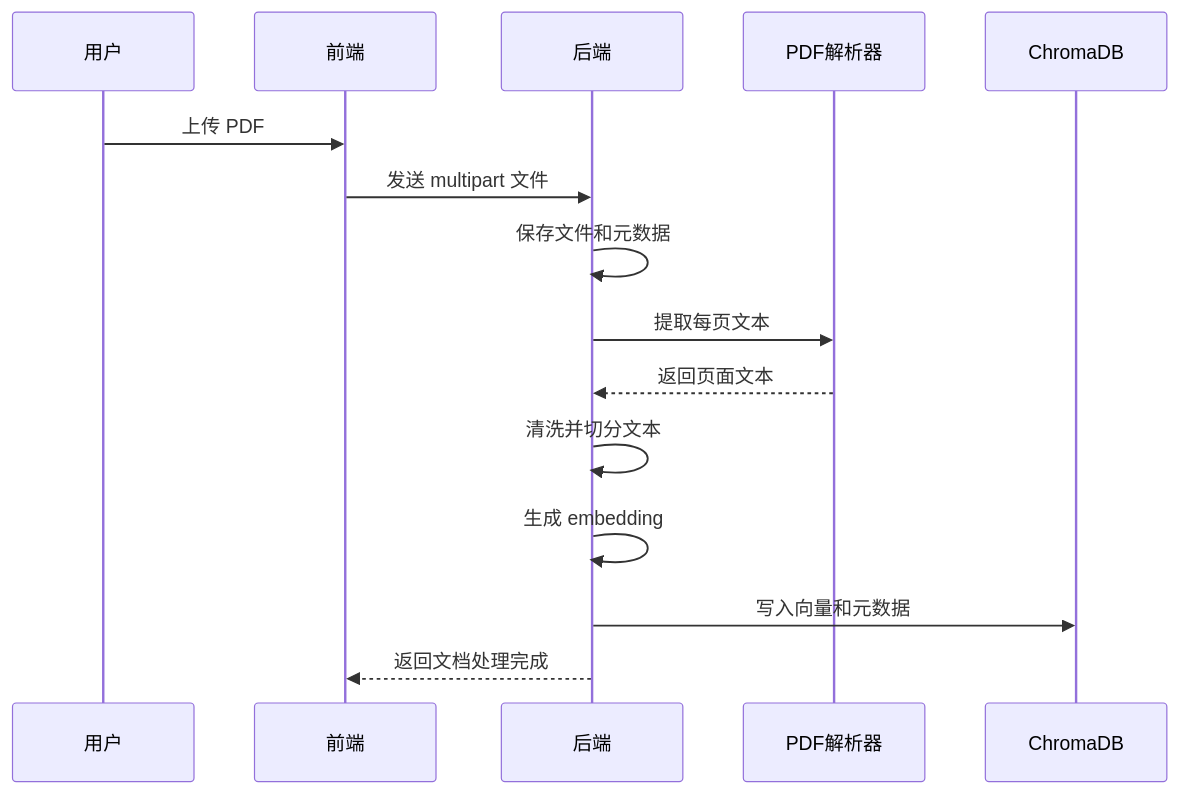
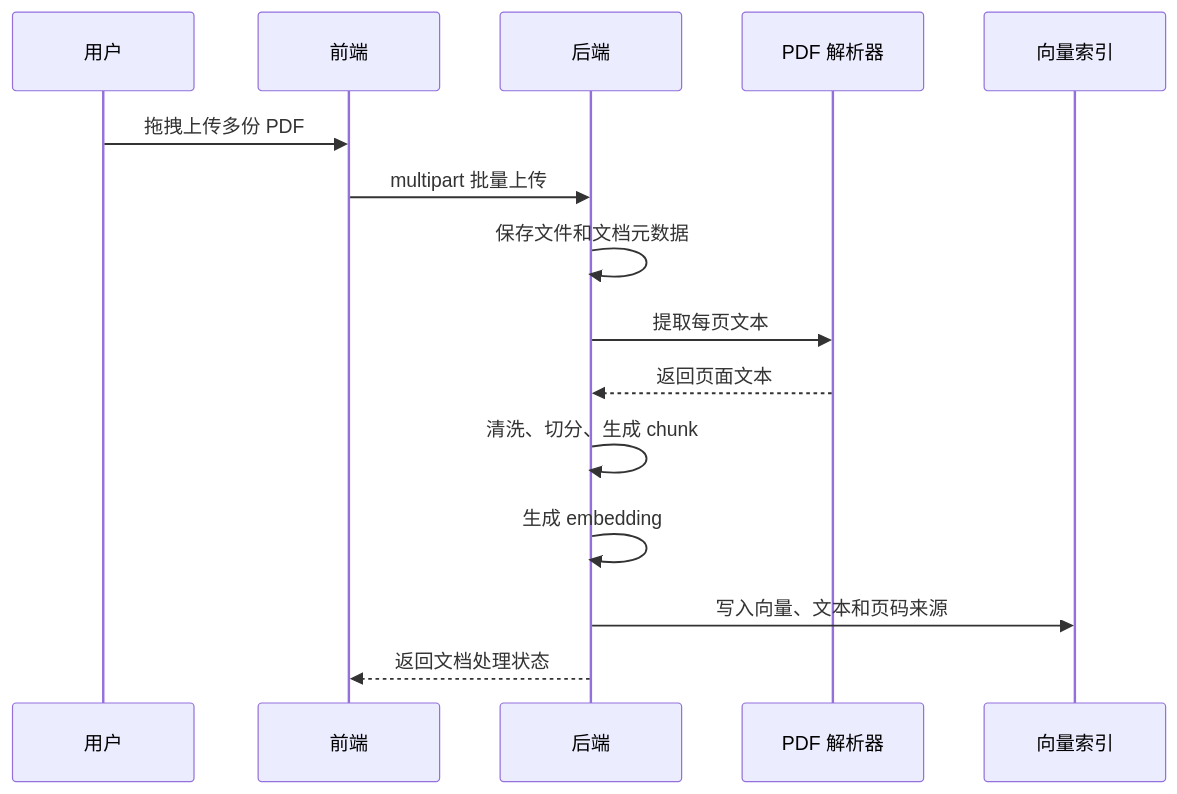
Before and after one commit to lc114548274-pixel/campusmind-ai-study-assistant: the second of 4 diagrams in docs/architecture.md, drawn with Mermaid. The commit also changed other lines of this file and 11 other files, not shown here.

````diff
--- a/docs/architecture.md
+++ b/docs/architecture.md
@@ -18,18 +19,18 @@
 ```mermaid
 sequenceDiagram
   participant U as 用户
   participant F as 前端
   participant B as 后端
-  participant P as PDF解析器
-  participant V as ChromaDB
+  participant P as PDF 解析器
+  participant V as 向量索引
 
-  U->>F: 上传 PDF
-  F->>B: 发送 multipart 文件
-  B->>B: 保存文件和元数据
+  U->>F: 拖拽上传多份 PDF
+  F->>B: multipart 批量上传
+  B->>B: 保存文件和文档元数据
   B->>P: 提取每页文本
   P-->>B: 返回页面文本
-  B->>B: 清洗并切分文本
+  B->>B: 清洗、切分、生成 chunk
   B->>B: 生成 embedding
-  B->>V: 写入向量和元数据
-  B-->>F: 返回文档处理完成
+  B->>V: 写入向量、文本和页码来源
+  B-->>F: 返回文档处理状态
 ```
````
